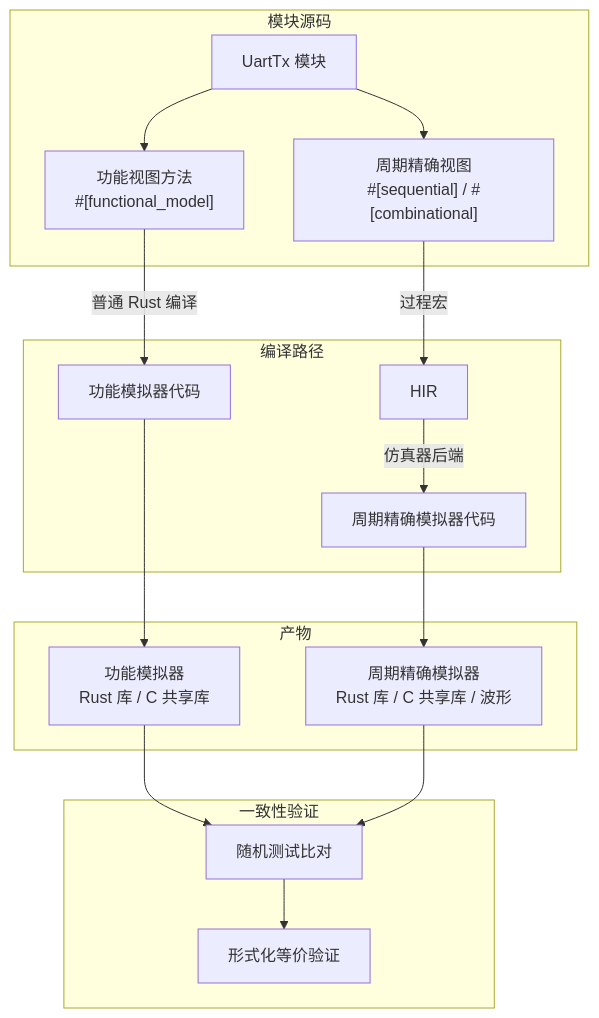
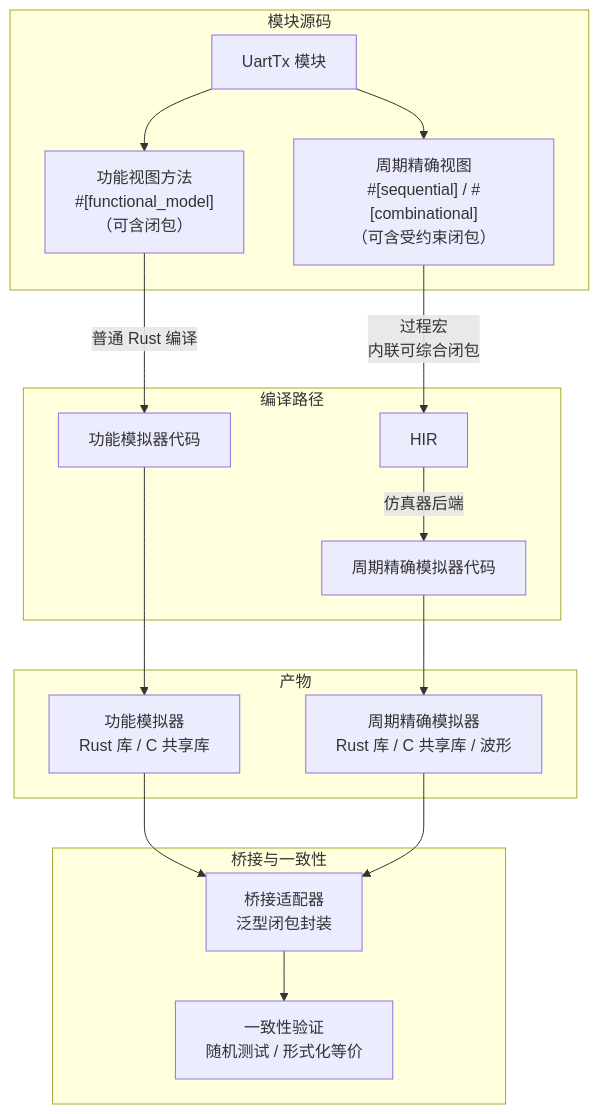
Before and after one commit to TangCan/bitloom: diagram 13 of 18 in docs/requirements/4. 整体架构与工作流.md, drawn with Mermaid. The commit also changed other lines of this file and 17 other files, not shown here.

````diff
--- a/docs/requirements/4. 整体架构与工作流.md
+++ b/docs/requirements/4. 整体架构与工作流.md
@@ -341,26 +358,25 @@
 ```mermaid
 flowchart TB
     subgraph 模块源码
         A[UartTx 模块]
-        A --> B["功能视图方法<br>#[functional_model]"]
-        A --> C["周期精确视图<br>#[sequential] / #[combinational]"]
+        A --> B["功能视图方法<br>#[functional_model]<br>（可含闭包）"]
+        A --> C["周期精确视图<br>#[sequential] / #[combinational]<br>（可含受约束闭包）"]
     end
 
     subgraph 编译路径
         B -->|普通 Rust 编译| D[功能模拟器代码]
-        C -->|过程宏| E[HIR]
+        C -->|过程宏<br>内联可综合闭包| E[HIR]
         E -->|仿真器后端| F[周期精确模拟器代码]
     end
 
     subgraph 产物
         D --> G[功能模拟器<br>Rust 库 / C 共享库]
         F --> H[周期精确模拟器<br>Rust 库 / C 共享库 / 波形]
     end
 
-    subgraph 一致性验证
-        G --> I[随机测试比对]
+    subgraph 桥接与一致性
+        G --> I[桥接适配器<br>泛型闭包封装]
         H --> I
-        I --> J[形式化等价验证]
+        I --> J[一致性验证<br>随机测试 / 形式化等价]
     end
-
 ```
````
